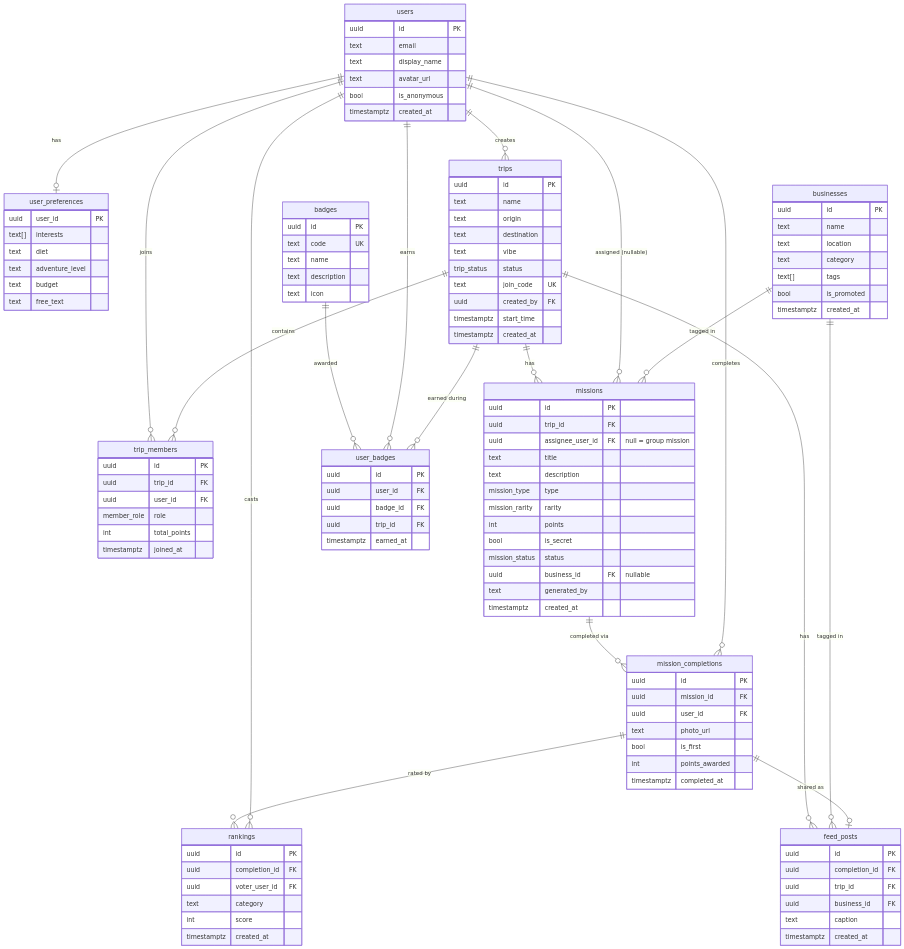
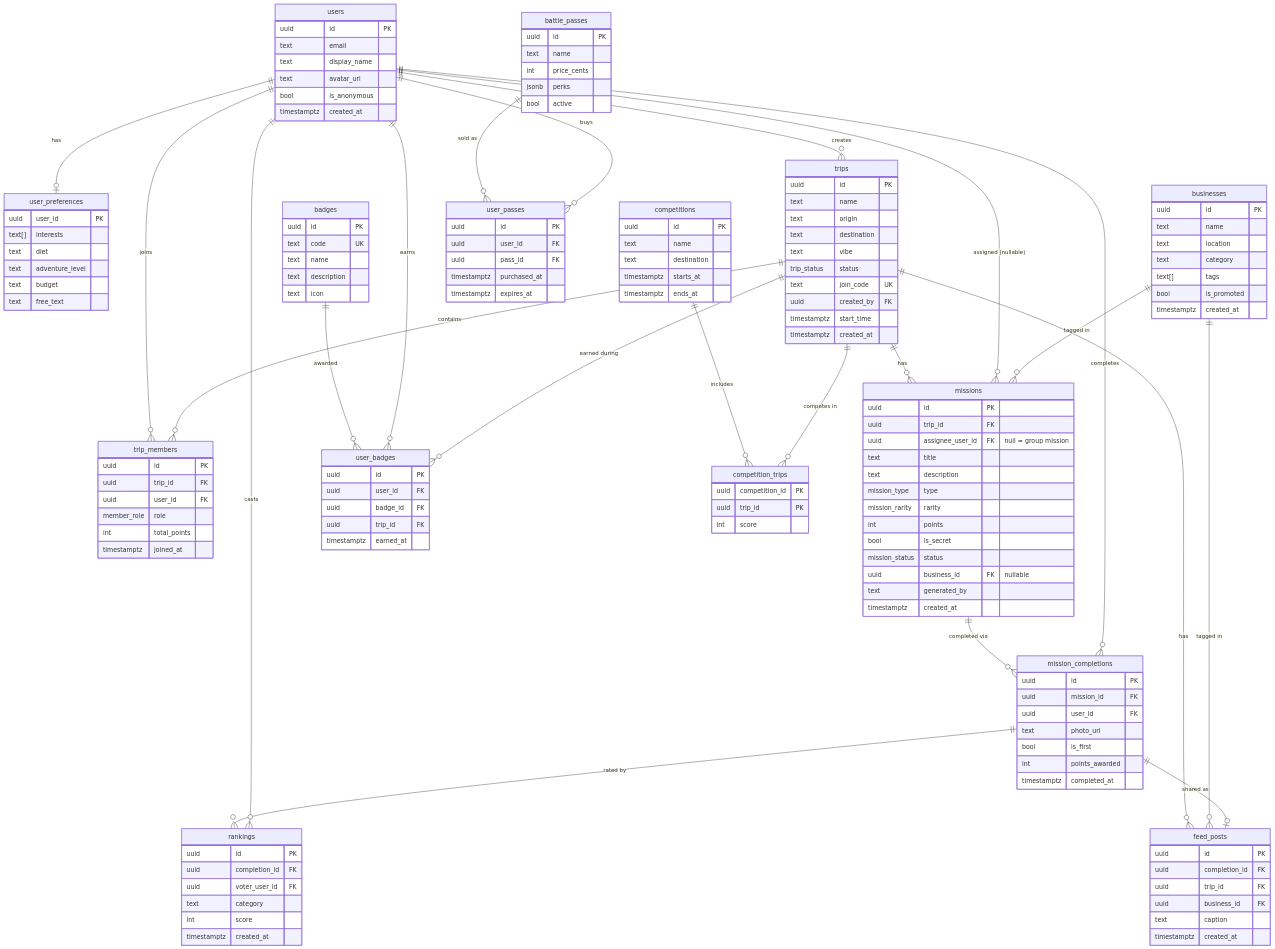
Before and after one commit to IsraarHamid/sidequest: the diagram in DATABASE.md, drawn with Mermaid. The commit also changed other lines of this file, not shown here.

Commit message:
DB design: add group-vs-group + battle-pass roadmap tables, design notes, fix timestamp claim

````diff
--- a/DATABASE.md
+++ b/DATABASE.md
@@ -48,6 +50,10 @@
     users ||--o{ user_badges : earns
     trips ||--o{ user_badges : "earned during"
     mission_completions ||--o| feed_posts : "shared as"
+    competitions ||--o{ competition_trips : includes
+    trips ||--o{ competition_trips : "competes in"
+    battle_passes ||--o{ user_passes : "sold as"
+    users ||--o{ user_passes : buys
 
     users {
         uuid id PK
@@ -148,4 +154,30 @@
         text caption
         timestamptz created_at
     }
+    competitions {
+        uuid id PK
+        text name
+        text destination
+        timestamptz starts_at
+        timestamptz ends_at
+    }
+    competition_trips {
+        uuid competition_id PK
+        uuid trip_id PK
+        int score
+    }
+    battle_passes {
+        uuid id PK
+        text name
+        int price_cents
+        jsonb perks
+        bool active
+    }
+    user_passes {
+        uuid id PK
+        uuid user_id FK
+        uuid pass_id FK
+        timestamptz purchased_at
+        timestamptz expires_at
+    }
 ```
````
